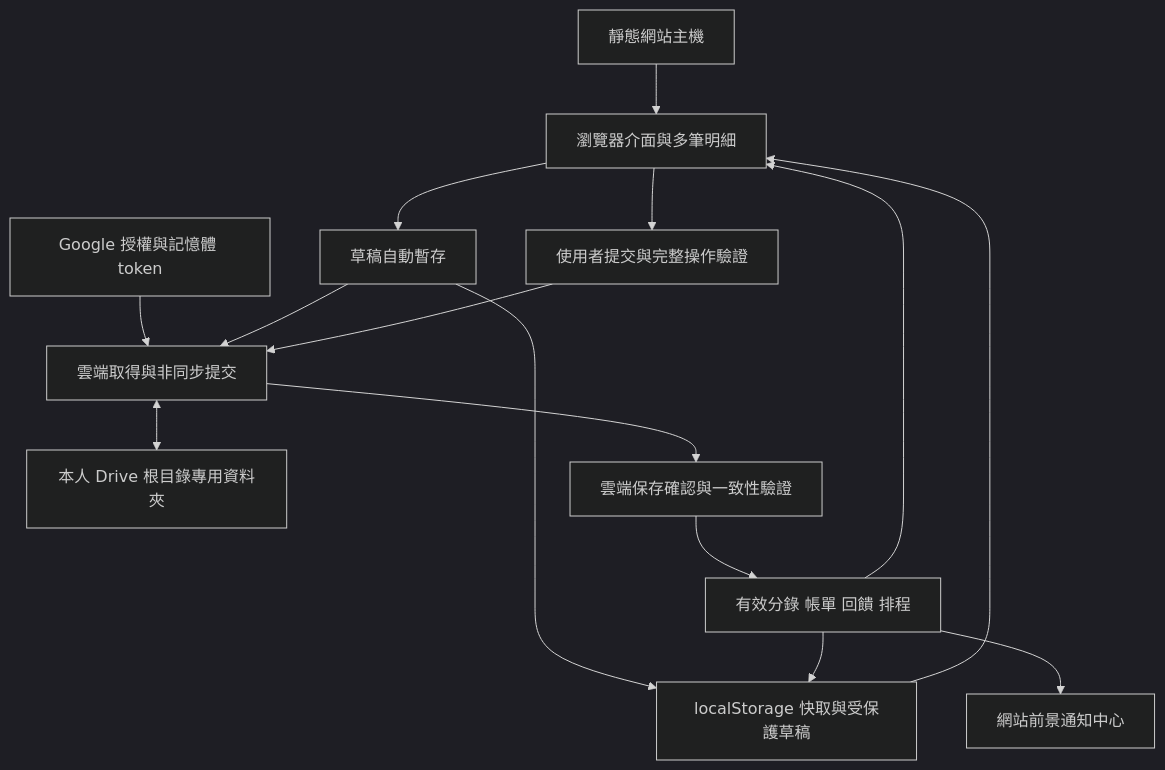
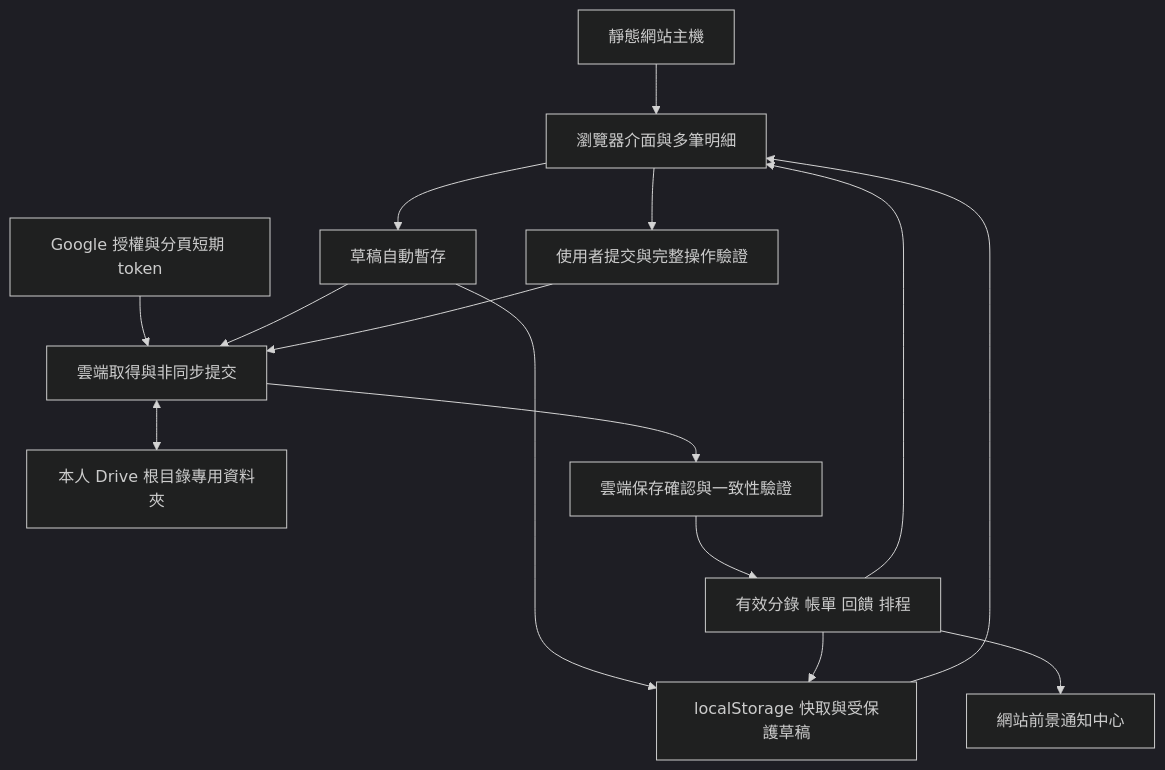
The diagram in docs/requirements/system-analysis-and-requirements.md (Kantai235/choubo.init.engineer), drawn with Mermaid (dark theme) before and after one commit. The commit also changed other lines of this file and 21 other files, not shown here.

````diff
--- a/docs/requirements/system-analysis-and-requirements.md
+++ b/docs/requirements/system-analysis-and-requirements.md
@@ -524,17 +524,17 @@
 ```mermaid
 flowchart TD
     HOST[靜態網站主機] --> UI[瀏覽器介面與多筆明細]
-    AUTH[Google 授權與記憶體 token] --> SYNC[雲端取得與非同步提交]
+    AUTH[Google 授權與分頁短期 token] --> SYNC[雲端取得與非同步提交]
     CACHE[localStorage 快取與受保護草稿] --> UI
     UI --> DRAFT[草稿自動暫存]
     DRAFT --> CACHE
     DRAFT --> SYNC
     UI --> APP[使用者提交與完整操作驗證]
     APP --> SYNC
     SYNC <--> DRIVE[本人 Drive 根目錄專用資料夾]
     SYNC --> VALID[雲端保存確認與一致性驗證]
     VALID --> RULES[有效分錄 帳單 回饋 排程]
     RULES --> CACHE
     RULES --> UI
     RULES --> NOTICE[網站前景通知中心]
 ```
````
